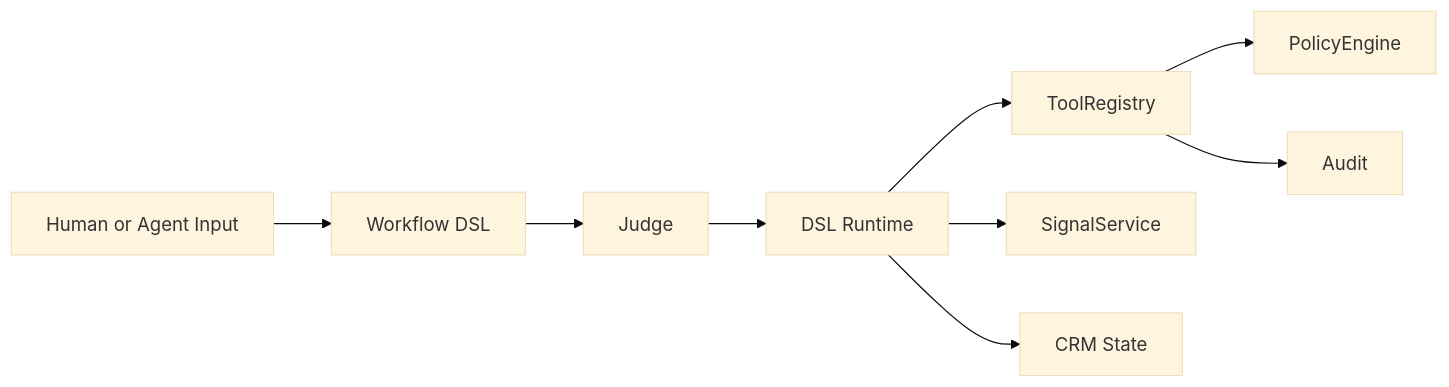
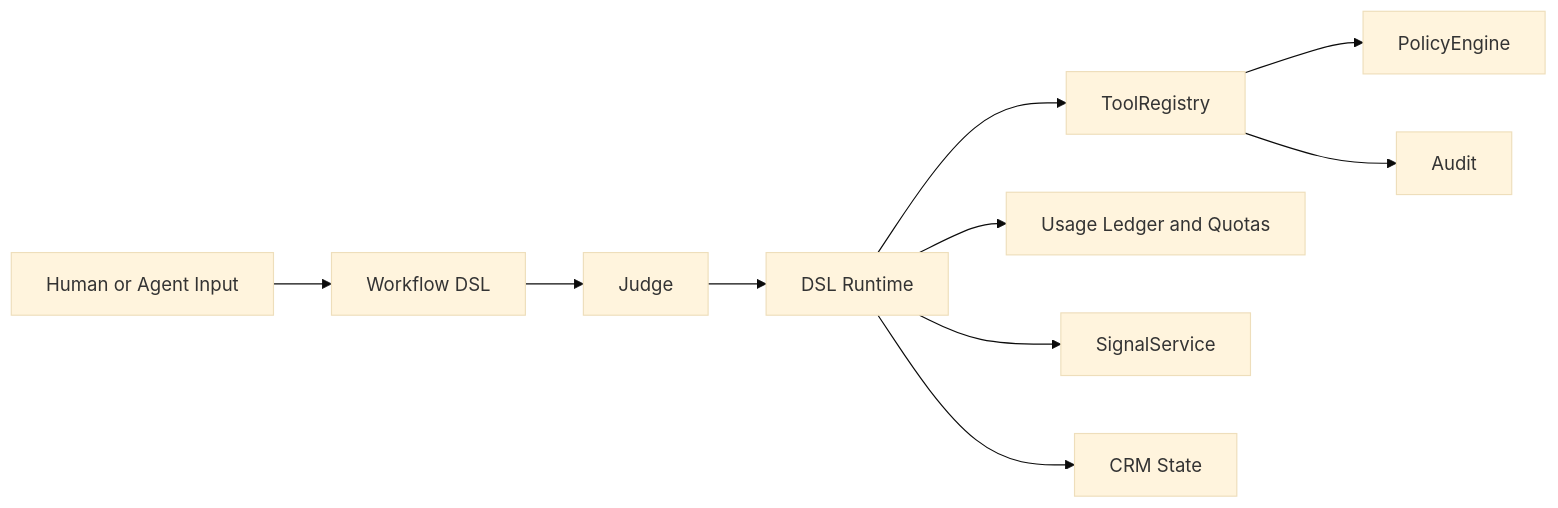
Before and after one commit to krukmat/fenix: the second of 4 diagrams in README.md, drawn with Mermaid (base theme). The commit also changed other lines of this file and 38 other files, not shown here.

````diff
--- a/README.md
+++ b/README.md
@@ -116,11 +120,12 @@
 ```mermaid
 flowchart LR
     INPUT[Human or Agent Input] --> DSL[Workflow DSL]
     DSL --> JUDGE[Judge]
     JUDGE --> RUNTIME[DSL Runtime]
     RUNTIME --> TOOLS[ToolRegistry]
     TOOLS --> POLICY[PolicyEngine]
     TOOLS --> AUDIT[Audit]
+    RUNTIME --> USAGE[Usage Ledger and Quotas]
     RUNTIME --> SIGNALS[SignalService]
     RUNTIME --> CRM[CRM State]
 ```
````
